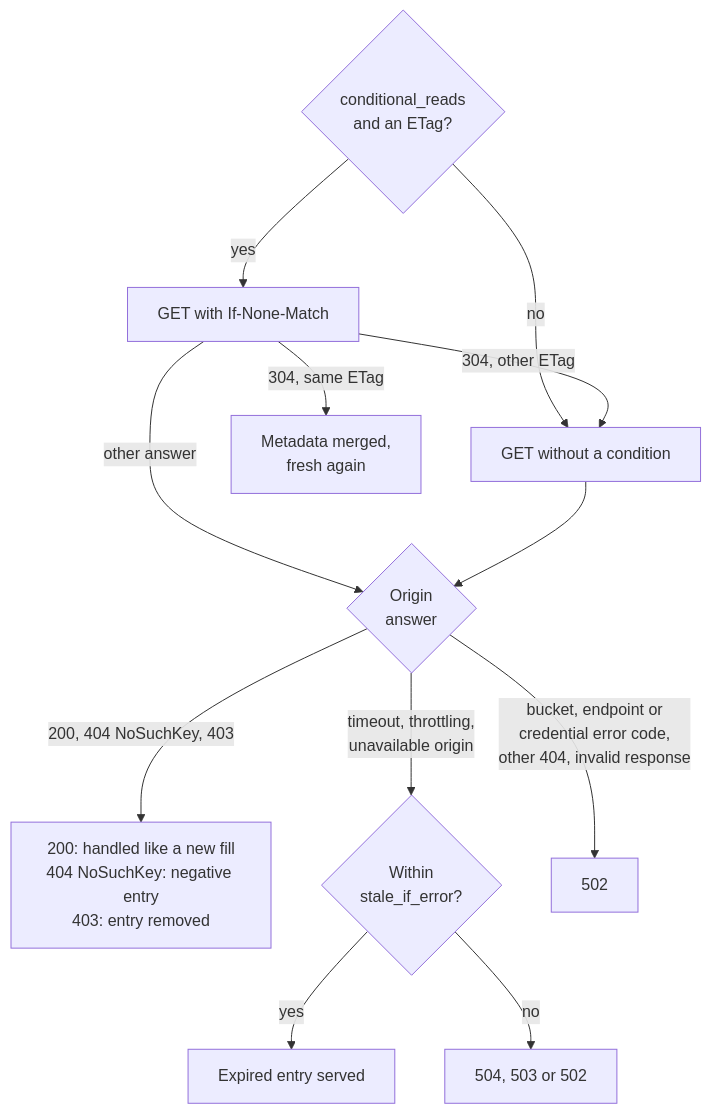
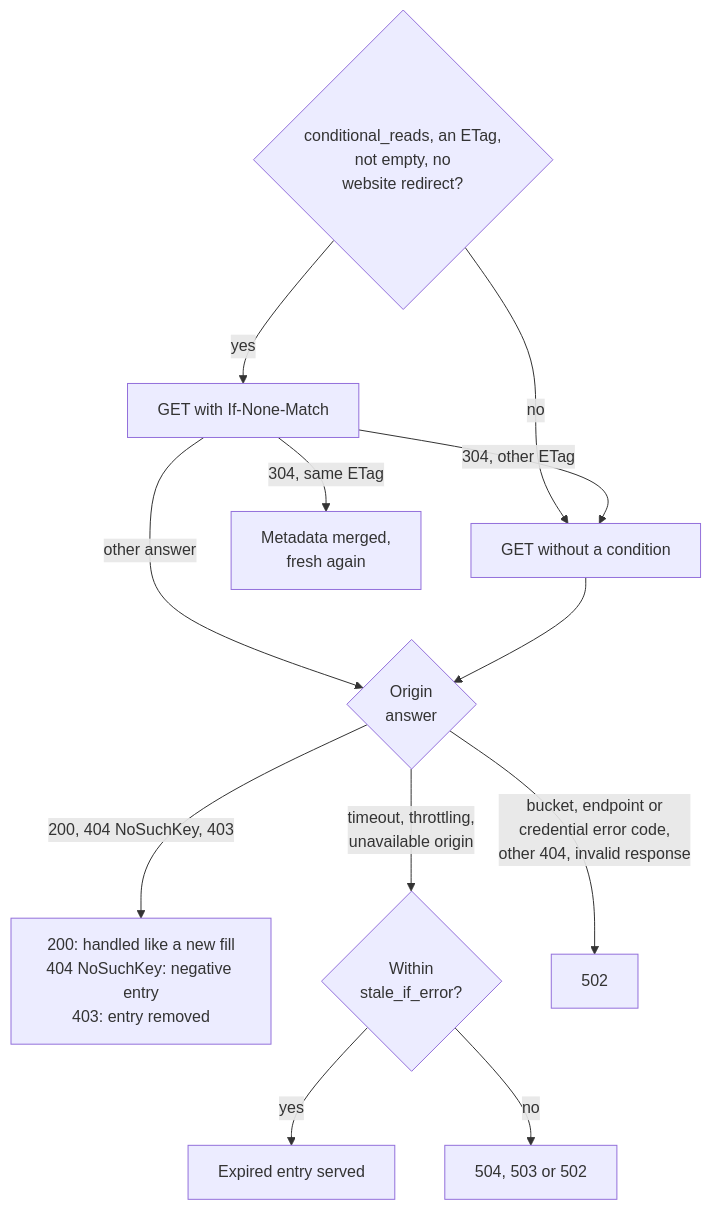
One commit to gtriggiano/statica changed the third of 3 diagrams in docs/architecture/memory-cache.md. Above: the diagram before and after it, drawn with Mermaid. The commit also changed other lines of this file and 35 other files, not shown here.

````diff
--- a/docs/architecture/memory-cache.md
+++ b/docs/architecture/memory-cache.md
@@ -240,16 +240,16 @@
 ```mermaid
 flowchart TD
   accTitle: Revalidation and origin errors
-  accDescr: For a stale body entry, statica sends a GET with If-None-Match when conditional_reads is on and the entry has an ETag, and a GET without a condition otherwise. A 304 with the same ETag merges the metadata and makes the entry fresh again; a 304 with another ETag leads to one unconditional GET. A 200 is handled like a new fill, a 404 NoSuchKey replaces the entry with a negative entry, and a 403 removes it. A timeout, throttling or an unavailable origin (a 5xx, a network error, missing credentials or a provider error without a more specific class) serves the expired entry when stale_if_error allows it, and otherwise gives 504, 503 or 502. An error code for the bucket, the endpoint or the credentials, a 404 without NoSuchKey or an invalid response gives 502 without a stale copy.
-  V{"conditional_reads<br/>and an ETag?"} -->|yes| C["GET with If-None-Match"]
+  accDescr: For a stale body entry, statica sends a GET with If-None-Match when conditional_reads is on and the entry has an ETag, is not empty and has no website redirect location, and a GET without a condition otherwise. A 304 with the same ETag merges the metadata and makes the entry fresh again; a 304 with another ETag leads to one unconditional GET. A 200 is handled like a new fill, a 404 NoSuchKey replaces the entry with a negative entry, and a 403 removes it. A timeout, throttling or an unavailable origin (a 5xx, a network error, missing credentials or a provider error without a more specific class) serves the expired entry when stale_if_error allows it, and otherwise gives 504, 503 or 502. An error code for the bucket, the endpoint or the credentials, a 404 without NoSuchKey or an invalid response gives 502 without a stale copy.
+  V{"conditional_reads, an ETag,<br/>not empty, no<br/>website redirect?"} -->|yes| C["GET with If-None-Match"]
   V -->|no| G["GET without a condition"]
   C -->|"304, same ETag"| F["Metadata merged,<br/>fresh again"]
   C -->|"304, other ETag"| G
   C -->|"other answer"| A{"Origin<br/>answer"}
   G --> A
   A -->|"200, 404 NoSuchKey, 403"| R["200: handled like a new fill<br/>404 NoSuchKey: negative entry<br/>403: entry removed"]
   A -->|"timeout, throttling,<br/>unavailable origin"| E{"Within<br/>stale_if_error?"}
   A -->|"bucket, endpoint or<br/>credential error code,<br/>other 404, invalid response"| Y["502"]
   E -->|yes| T["Expired entry served"]
   E -->|no| X["504, 503 or 502"]
 ```
````
